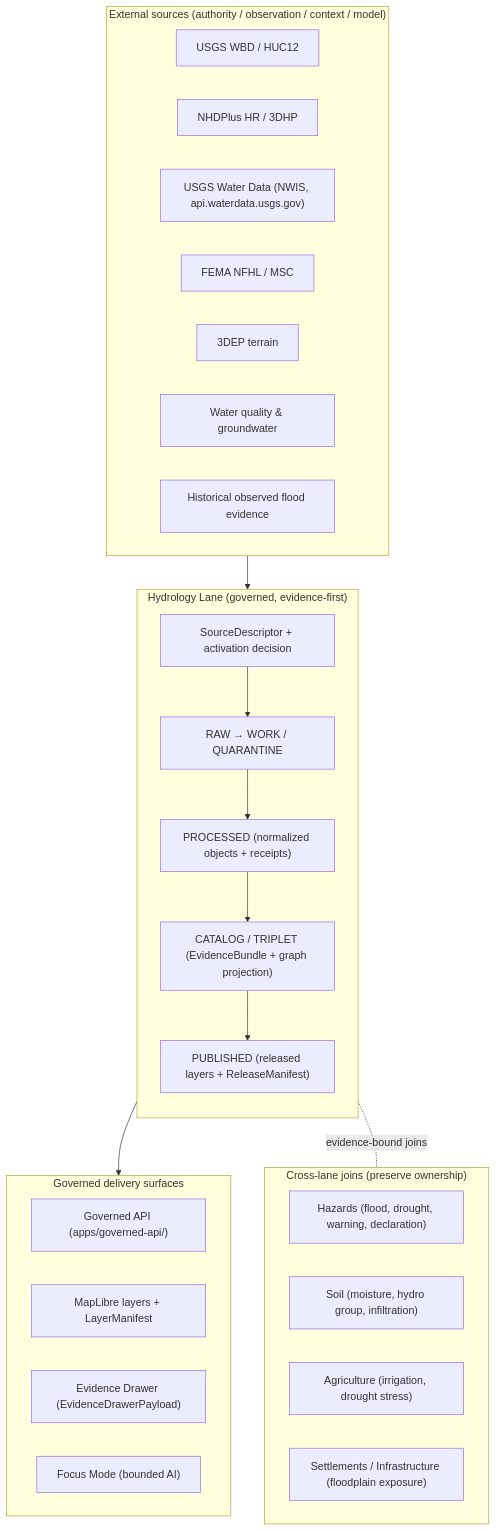
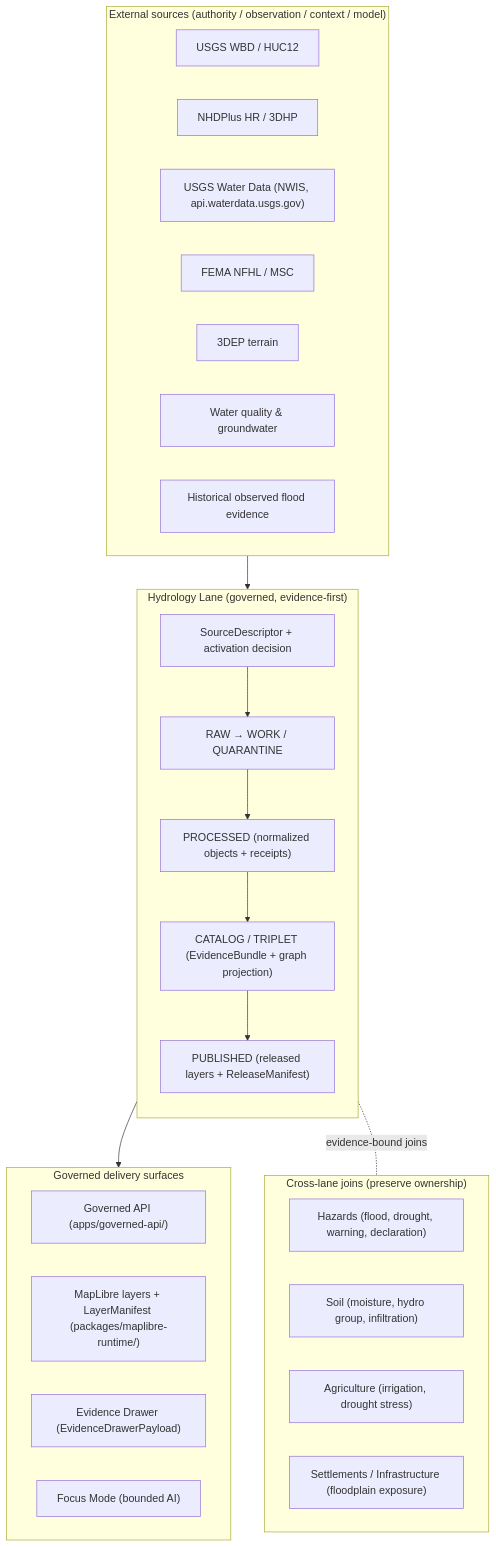
The first of 2 diagrams in docs/domains/hydrology/ARCHITECTURE.md (bartytime4life/Kansas-Frontier-Matrix), drawn with Mermaid before and after one commit. The commit also changed other lines of this file, not shown here.

````diff
--- a/docs/domains/hydrology/ARCHITECTURE.md
+++ b/docs/domains/hydrology/ARCHITECTURE.md
@@ -85,40 +96,40 @@
 ```mermaid
 flowchart TB
   subgraph SOURCES["External sources (authority / observation / context / model)"]
     A1["USGS WBD / HUC12"]
     A2["NHDPlus HR / 3DHP"]
     A3["USGS Water Data (NWIS, api.waterdata.usgs.gov)"]
     A4["FEMA NFHL / MSC"]
     A5["3DEP terrain"]
     A6["Water quality &amp; groundwater"]
     A7["Historical observed flood evidence"]
   end
 
   subgraph LANE["Hydrology Lane (governed, evidence-first)"]
     direction TB
     L1["SourceDescriptor + activation decision"]
     L2["RAW → WORK / QUARANTINE"]
     L3["PROCESSED (normalized objects + receipts)"]
     L4["CATALOG / TRIPLET (EvidenceBundle + graph projection)"]
     L5["PUBLISHED (released layers + ReleaseManifest)"]
     L1 --> L2 --> L3 --> L4 --> L5
   end
 
   subgraph DELIVERY["Governed delivery surfaces"]
     D1["Governed API (apps/governed-api/)"]
-    D2["MapLibre layers + LayerManifest"]
+    D2["MapLibre layers + LayerManifest (packages/maplibre-runtime/)"]
     D3["Evidence Drawer (EvidenceDrawerPayload)"]
     D4["Focus Mode (bounded AI)"]
   end
 
   SOURCES --> LANE --> DELIVERY
 
   subgraph CROSS["Cross-lane joins (preserve ownership)"]
     C1["Hazards (flood, drought, warning, declaration)"]
     C2["Soil (moisture, hydro group, infiltration)"]
     C3["Agriculture (irrigation, drought stress)"]
     C4["Settlements / Infrastructure (floodplain exposure)"]
   end
 
   LANE -. evidence-bound joins .- CROSS
 ```
````
